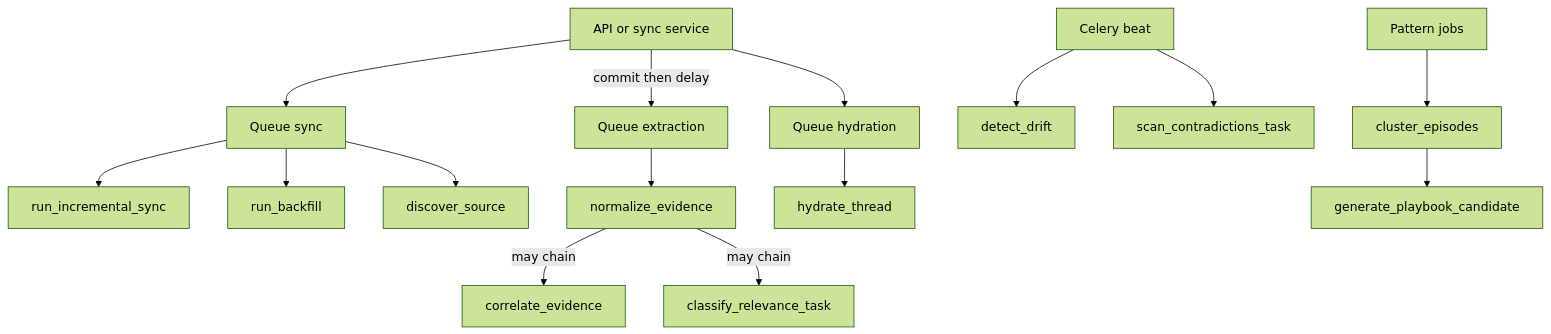
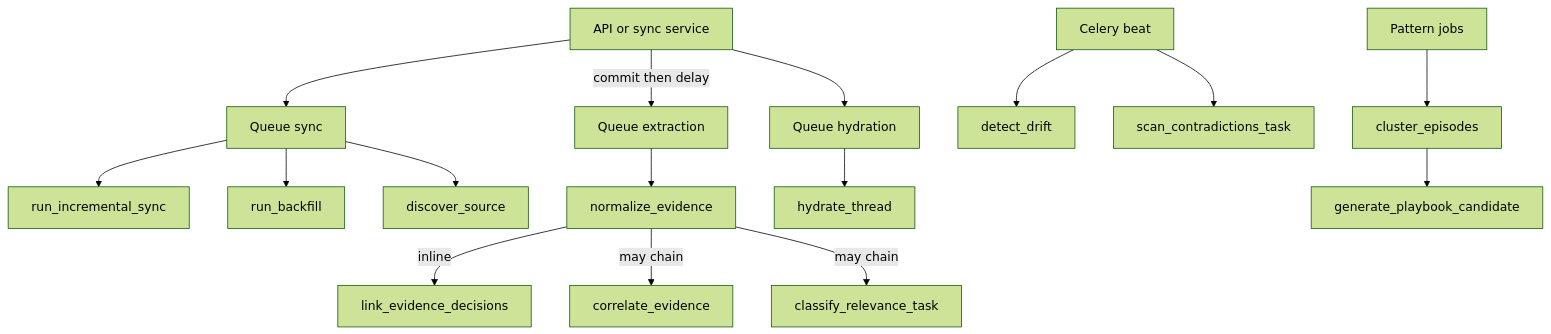
The diagram in codewiki/08-workers-celery-queues.md (Valuedx/ContextEdge), drawn with Mermaid (forest theme) before and after one commit. The commit also changed other lines of this file and 16 other files, not shown here.

First line of the commit message:
Add decision graph edges and update documentation

````diff
--- a/codewiki/08-workers-celery-queues.md
+++ b/codewiki/08-workers-celery-queues.md
@@ -42,17 +42,18 @@
 ```mermaid
 flowchart TB
   API[API or sync service] -->|commit then delay| QEX[Queue extraction]
   API --> QSYNC[Queue sync]
   QSYNC --> INC[run_incremental_sync]
   QSYNC --> BF[run_backfill]
   QSYNC --> DISC[discover_source]
   QEX --> NORM[normalize_evidence]
+  NORM -->|inline| DEC[link_evidence_decisions]
   NORM -->|may chain| CORR[correlate_evidence]
   NORM -->|may chain| CLS[classify_relevance_task]
   API --> QHYD[Queue hydration]
   QHYD --> HYDR[hydrate_thread]
   BEAT[Celery beat] --> EVAL[detect_drift]
   BEAT --> CONTRA[scan_contradictions_task]
   PAT[Pattern jobs] --> CLU[cluster_episodes]
   CLU --> GPC[generate_playbook_candidate]
 ```
````
